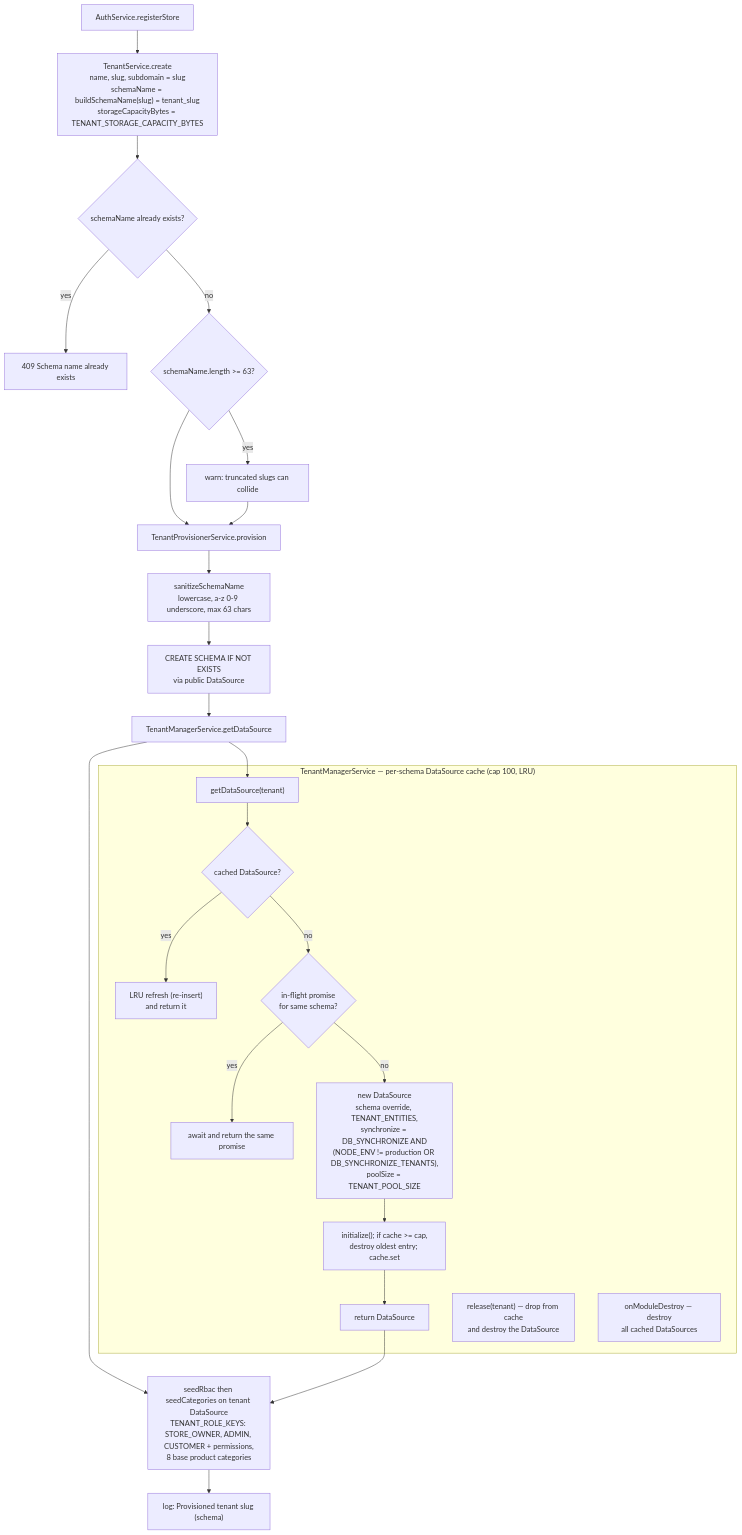
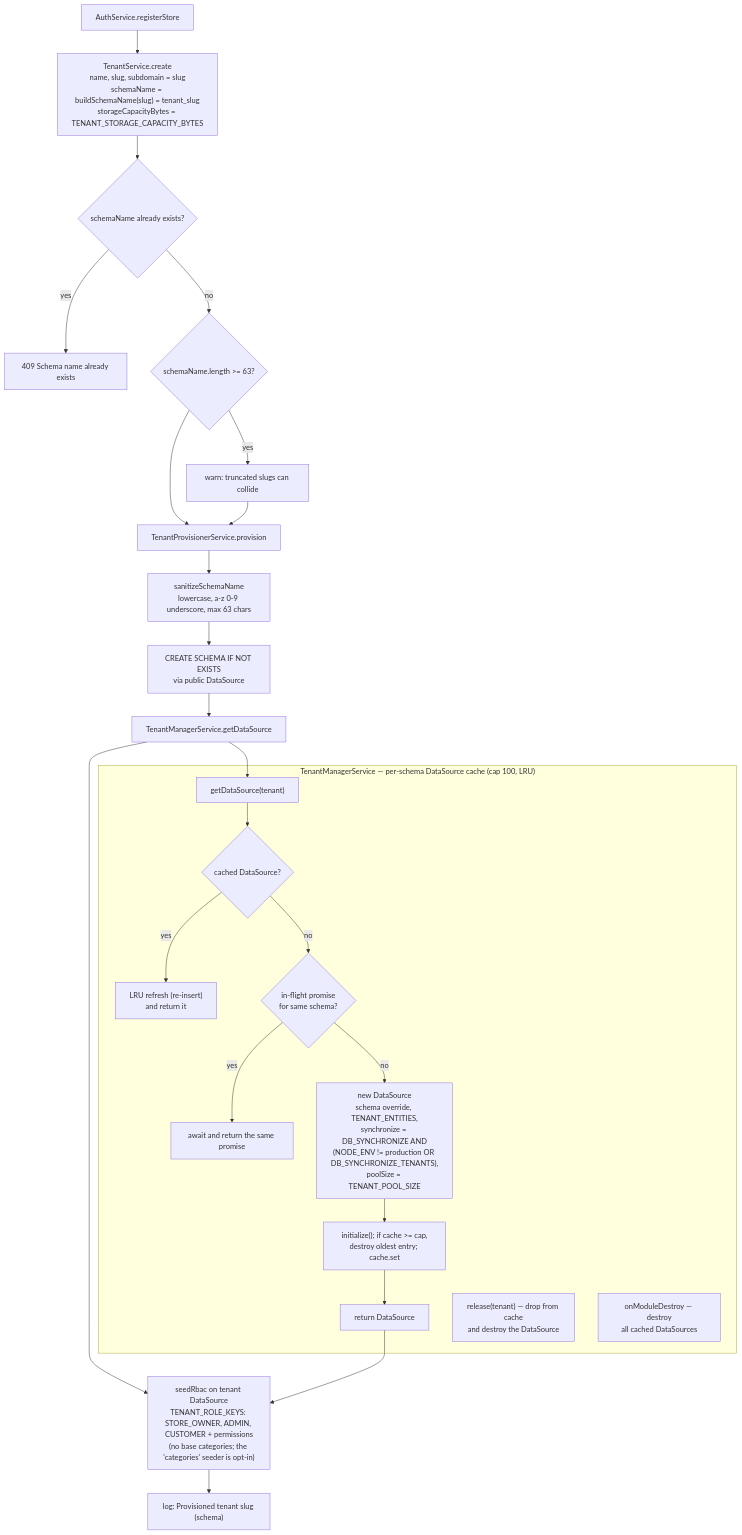
Before and after one commit to DevBassel/saas_commerce: the second of 3 diagrams in apps/api/src/modules/tenants/workflow.md, drawn with Mermaid. The commit also changed other lines of this file and 158 other files, not shown here.

````diff
--- a/apps/api/src/modules/tenants/workflow.md
+++ b/apps/api/src/modules/tenants/workflow.md
@@ -25,28 +25,28 @@
 ```mermaid
 flowchart TD
     REG["AuthService.registerStore"] --> TC["TenantService.create<br/>name, slug, subdomain = slug<br/>schemaName = buildSchemaName(slug) = tenant_slug<br/>storageCapacityBytes = TENANT_STORAGE_CAPACITY_BYTES"]
     TC --> TC1{"schemaName already exists?"} -->|"yes"| TC1E["409 Schema name already exists"]
     TC1 -->|"no"| TC2{"schemaName.length >= 63?"} -->|"yes"| TC2W["warn: truncated slugs can collide"]
     TC2 --> PROV["TenantProvisionerService.provision"]
     TC2W --> PROV
     PROV --> SAN["sanitizeSchemaName<br/>lowercase, a-z 0-9 underscore, max 63 chars"]
     SAN --> DDL["CREATE SCHEMA IF NOT EXISTS<br/>via public DataSource"]
     DDL --> GDS["TenantManagerService.getDataSource"]
-    GDS --> SEED["seedRbac then seedCategories on tenant DataSource<br/>TENANT_ROLE_KEYS: STORE_OWNER, ADMIN, CUSTOMER + permissions,<br/>8 base product categories"]
+    GDS --> SEED["seedRbac on tenant DataSource<br/>TENANT_ROLE_KEYS: STORE_OWNER, ADMIN, CUSTOMER + permissions<br/>(no base categories; the 'categories' seeder is opt-in)"]
     SEED --> DONE["log: Provisioned tenant slug (schema)"]
 
     subgraph MGR["TenantManagerService — per-schema DataSource cache (cap 100, LRU)"]
         GA["getDataSource(tenant)"] --> CH{"cached DataSource?"}
         CH -->|"yes"| REFRESH["LRU refresh (re-insert)<br/>and return it"]
         CH -->|"no"| INF{"in-flight promise<br/>for same schema?"}
         INF -->|"yes"| WAIT["await and return the same promise"]
         INF -->|"no"| NEW["new DataSource<br/>schema override, TENANT_ENTITIES,<br/>synchronize = DB_SYNCHRONIZE AND<br/>(NODE_ENV != production OR DB_SYNCHRONIZE_TENANTS),<br/>poolSize = TENANT_POOL_SIZE"]
         NEW --> INIT["initialize(); if cache >= cap,<br/>destroy oldest entry; cache.set"]
         INIT --> RET["return DataSource"]
         REL["release(tenant) — drop from cache<br/>and destroy the DataSource"]
         DEST["onModuleDestroy — destroy<br/>all cached DataSources"]
     end
 
     GDS --> GA
     RET --> SEED
 ```
````
